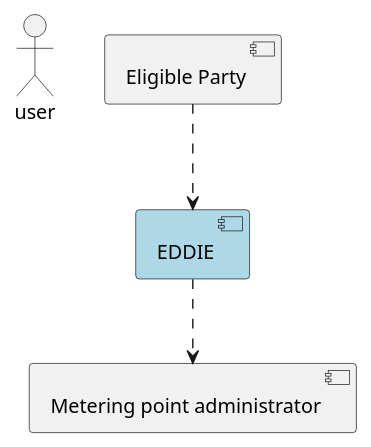
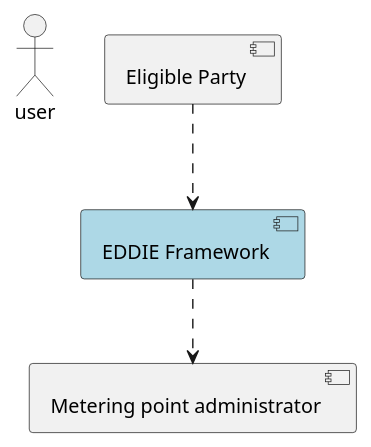
The first of 2 diagrams in 3-context-and-scope/01-mvp1.md (eddie-energy/architecture), drawn with PlantUML before and after one commit. The commit also changed other lines of this file and 1 other file, not shown here.

Commit message:
#8 update MVP-1 business context

````diff
--- a/3-context-and-scope/01-mvp1.md
+++ b/3-context-and-scope/01-mvp1.md
@@ -17,14 +17,14 @@
 ```plantuml
 @startuml
 :user:
 
-[EDDIE] as Eddie #lightblue
+[EDDIE Framework] as Eddie #lightblue
 
 [Eligible Party] as Ep
 Ep ..> Eddie
 
 component [Metering point administrator] as Mpa
 Eddie ..> Mpa
 
 @enduml
 ```
````
